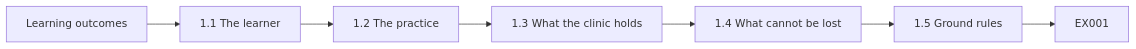
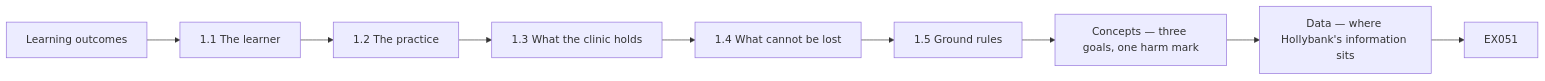
One commit to hiagokinlevi/CyKin changed the second of 12 diagrams in levels/rapid-1-month/information-security/en/book/MANUSCRIPT.md. Above: the diagram before and after it, drawn with Mermaid. The commit also changed other lines of this file and 1 other file, not shown here.

First line of the commit message:
Deepen the rapid information-security lessons in English and Portuguese.

````diff
--- a/levels/rapid-1-month/information-security/en/book/MANUSCRIPT.md
+++ b/levels/rapid-1-month/information-security/en/book/MANUSCRIPT.md
@@ -60,10 +62,12 @@
 ```mermaid
 flowchart LR
   N0["Learning outcomes"]
   N1["1.1 The learner"]
   N2["1.2 The practice"]
   N3["1.3 What the clinic holds"]
   N4["1.4 What cannot be lost"]
   N5["1.5 Ground rules"]
-  N0 --> N1 --> N2 --> N3 --> N4 --> N5 --> Q["EX001"]
+  N6["Concepts — three goals, one harm mark"]
+  N7["Data — where Hollybank's information sits"]
+  N0 --> N1 --> N2 --> N3 --> N4 --> N5 --> N6 --> N7 --> Q["EX051"]
 ```
````
